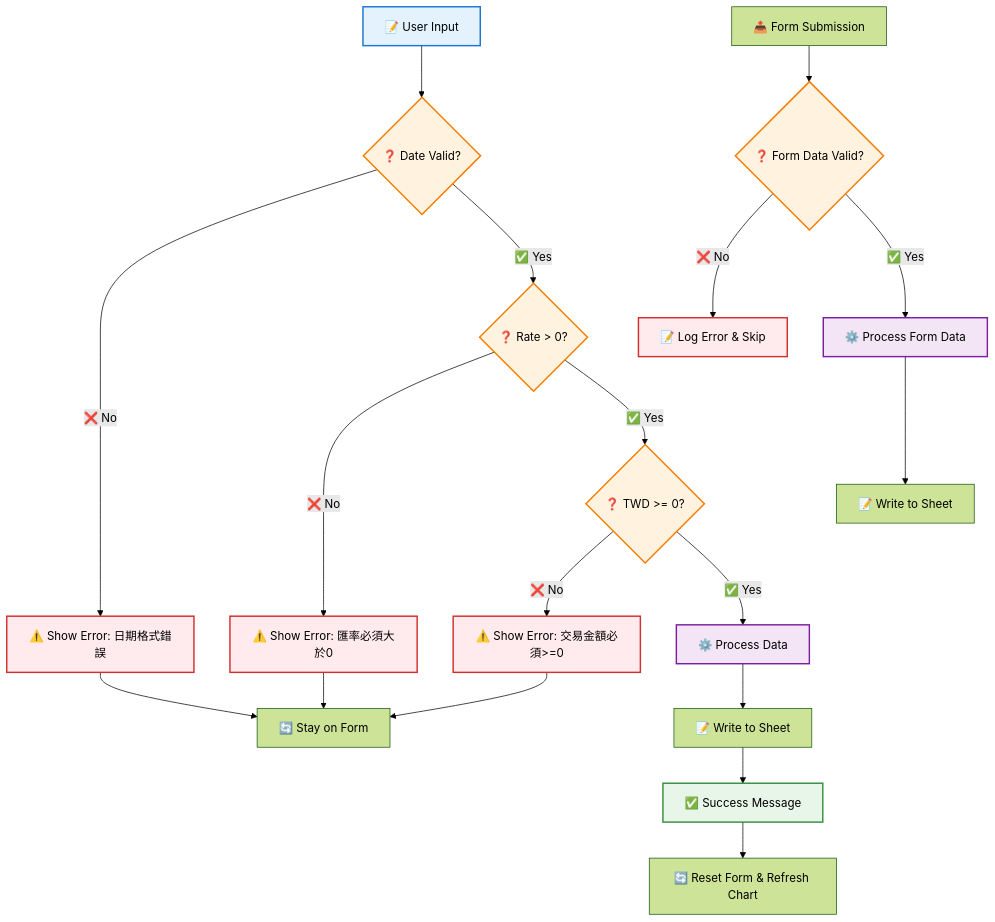
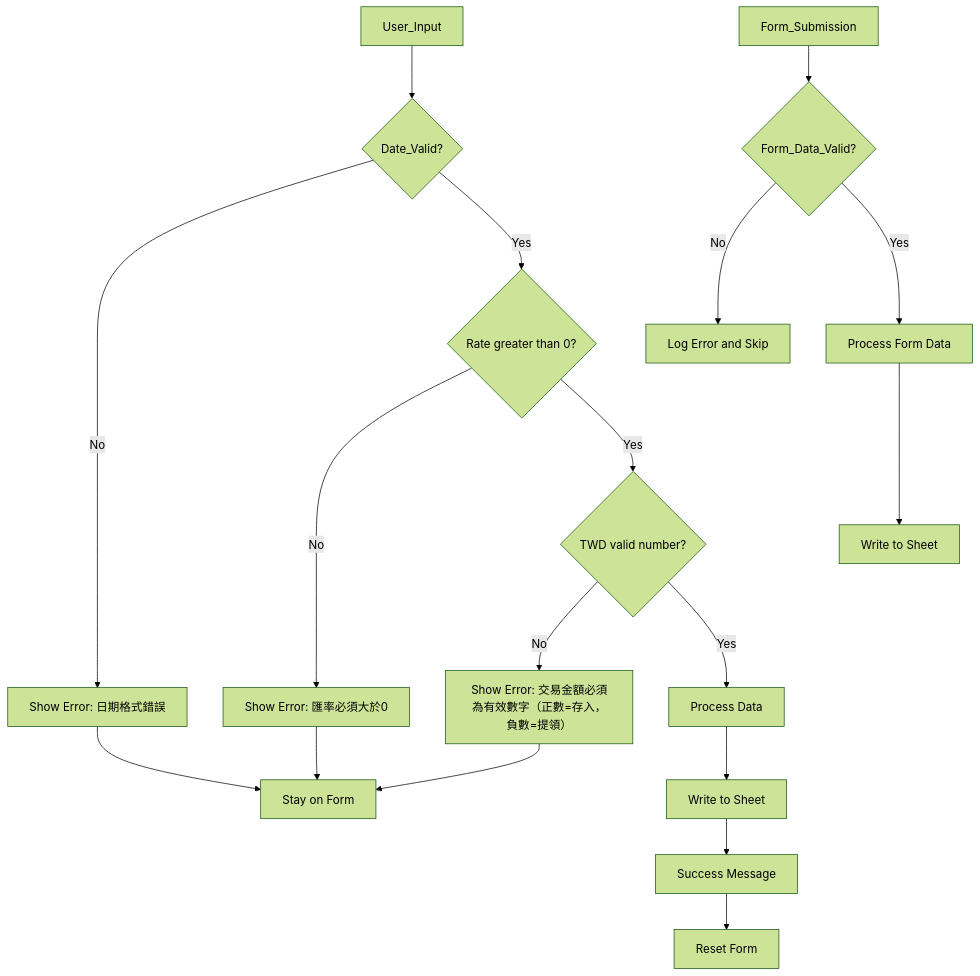
The third of 3 diagrams in README.md (DanielHo-BS/ExchangeRateDashboard), drawn with Mermaid (forest theme) before and after one commit. The commit also changed other lines of this file and 4 other files, not shown here.

````diff
--- a/README.md
+++ b/README.md
@@ -214,38 +161,20 @@
 ```mermaid
 flowchart TD
-    %% 主要輸入驗證流程
-    A[📝 User Input] --> B{❓ Date Valid?}
-    B -->|❌ No| C[⚠️ Show Error: 日期格式錯誤]
-    B -->|✅ Yes| D{❓ Rate > 0?}
-    D -->|❌ No| E[⚠️ Show Error: 匯率必須大於0]
-    D -->|✅ Yes| F{❓ TWD >= 0?}
-    F -->|❌ No| G[⚠️ Show Error: 交易金額必須>=0]
-    F -->|✅ Yes| H[⚙️ Process Data]
-    H --> I[📝 Write to Sheet]
-    I --> J[✅ Success Message]
-    
-    %% 錯誤處理分支
-    C --> K[🔄 Stay on Form]
+    A[User_Input] --> B{Date_Valid?}
+    B -->|No| C[Show Error: 日期格式錯誤]
+    B -->|Yes| D{Rate greater than 0?}
+    D -->|No| E[Show Error: 匯率必須大於0]
+    D -->|Yes| F{TWD valid number?}
+    F -->|No| G[Show Error: 交易金額必須為有效數字（正數=存入，負數=提領）]
+    F -->|Yes| H[Process Data]
+    H --> I[Write to Sheet]
+    I --> J[Success Message]
+    C --> K[Stay on Form]
     E --> K
     G --> K
-    J --> L[🔄 Reset Form & Refresh Chart]
-    
-    %% Form 提交驗證流程
-    M[📤 Form Submission] --> N{❓ Form Data Valid?}
-    N -->|❌ No| O[📝 Log Error & Skip]
-    N -->|✅ Yes| P[⚙️ Process Form Data]
-    P --> Q[📝 Write to Sheet]
-    
-    %% 樣式設定
-    classDef inputNode fill:#e3f2fd,stroke:#1976d2,stroke-width:2px
-    classDef validationNode fill:#fff3e0,stroke:#f57c00,stroke-width:2px
-    classDef errorNode fill:#ffebee,stroke:#d32f2f,stroke-width:2px
-    classDef successNode fill:#e8f5e9,stroke:#388e3c,stroke-width:2px
-    classDef processNode fill:#f3e5f5,stroke:#7b1fa2,stroke-width:2px
-    
-    class A inputNode
-    class B,D,F,N validationNode
-    class C,E,G,O errorNode
-    class J successNode
-    class H,P processNode
+    J --> L[Reset Form]
+    M[Form_Submission] --> N{Form_Data_Valid?}
+    N -->|No| O[Log Error and Skip]
+    N -->|Yes| P[Process Form Data]
+    P --> Q[Write to Sheet]
 ```
````
